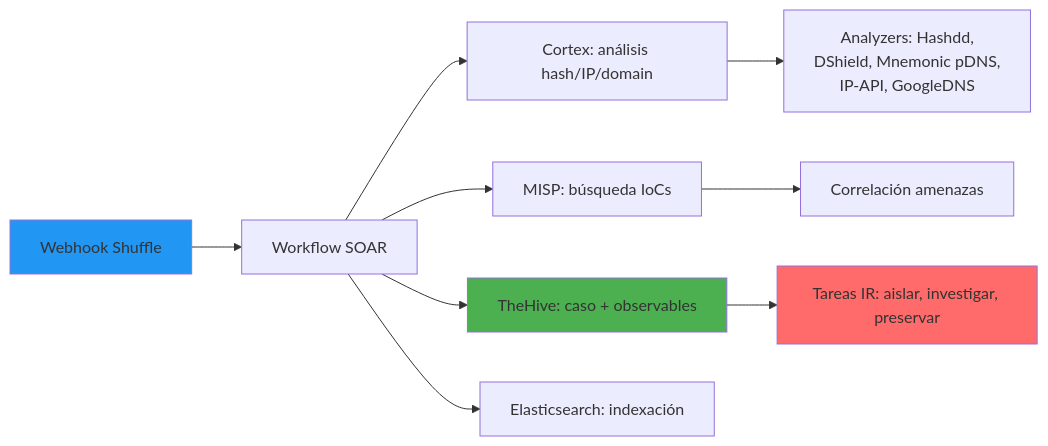
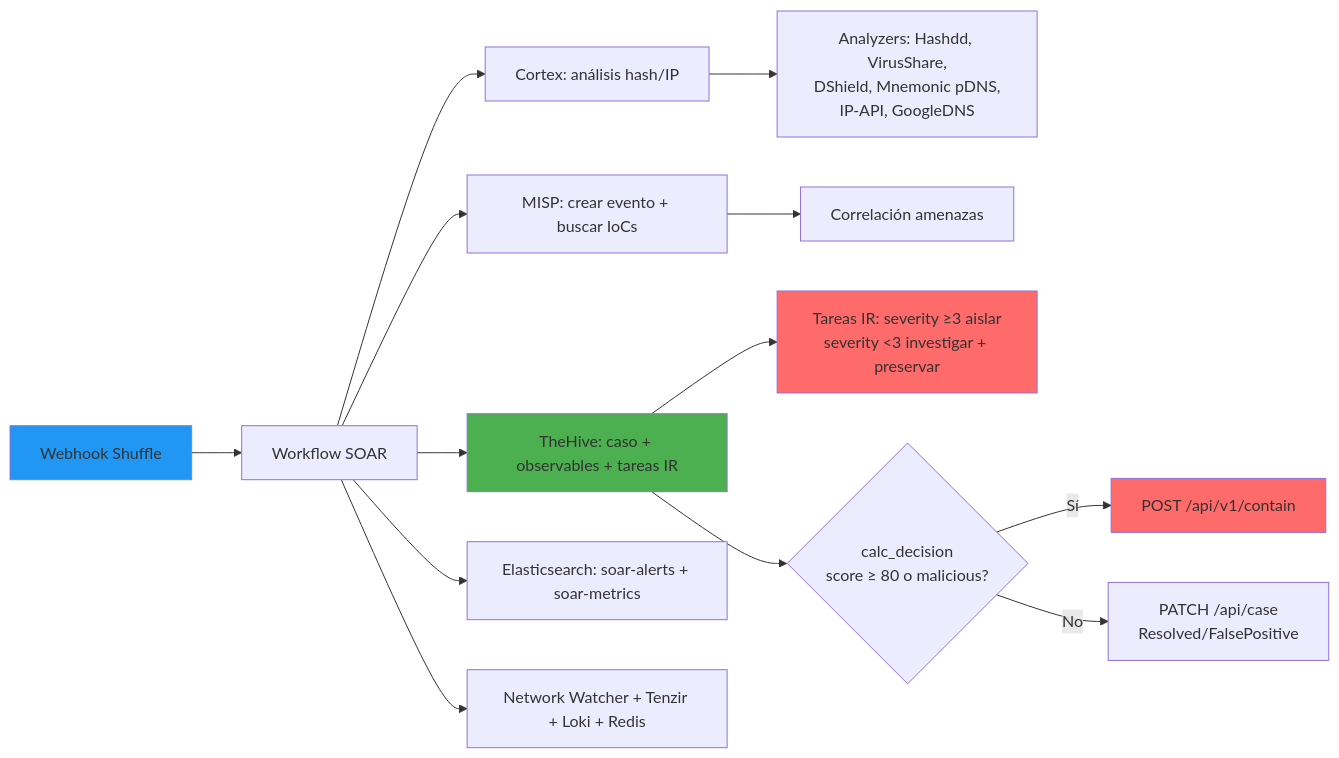
One commit to alesanfe/soar-ransomware-lab changed diagram 12 of 12 in docs/thesis/appendix_f.md. Above: the diagram before and after it, drawn with Mermaid.

First paragraph of the commit message:
fix(thesis): Anexo F.12 - anade analyzers, participantes y decision faltantes
6 correcciones verificadas contra workflow_actions.py y calc_task_title.py:

````diff
--- a/docs/thesis/appendix_f.md
+++ b/docs/thesis/appendix_f.md
@@ -484,14 +484,19 @@
 ```mermaid
 graph LR
  A[Webhook Shuffle] --> B[Workflow SOAR]
- B --> C[Cortex: análisis hash/IP/domain]
- B --> D[MISP: búsqueda IoCs]
- B --> E[TheHive: caso + observables]
- B --> F[Elasticsearch: indexación]
- C --> G[Analyzers: Hashdd,<br/>DShield, Mnemonic pDNS,<br/>IP-API, GoogleDNS]
+ B --> C[Cortex: análisis hash/IP]
+ B --> D[MISP: crear evento + buscar IoCs]
+ B --> E[TheHive: caso + observables + tareas IR]
+ B --> F[Elasticsearch: soar-alerts + soar-metrics]
+ B --> M[Network Watcher + Tenzir + Loki + Redis]
+ C --> G[Analyzers: Hashdd, VirusShare,<br/>DShield, Mnemonic pDNS,<br/>IP-API, GoogleDNS]
  D --> H[Correlación amenazas]
- E --> I[Tareas IR: aislar, investigar, preservar]
+ E --> I[Tareas IR: severity ≥3 aislar<br/>severity <3 investigar + preservar]
+ E --> J{calc_decision<br/>score ≥ 80 o malicious?}
+ J -->|Sí| K[POST /api/v1/contain]
+ J -->|No| L[PATCH /api/case<br/>Resolved/FalsePositive]
  style A fill:#2196F3
  style E fill:#4CAF50
  style I fill:#ff6b6b
+ style K fill:#ff6b6b
 ```
````
